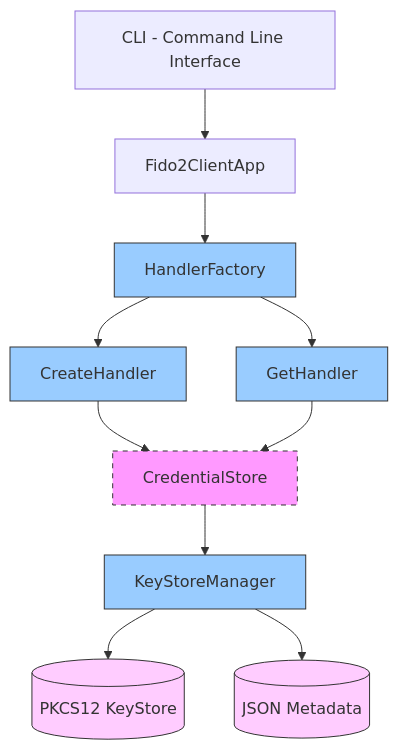
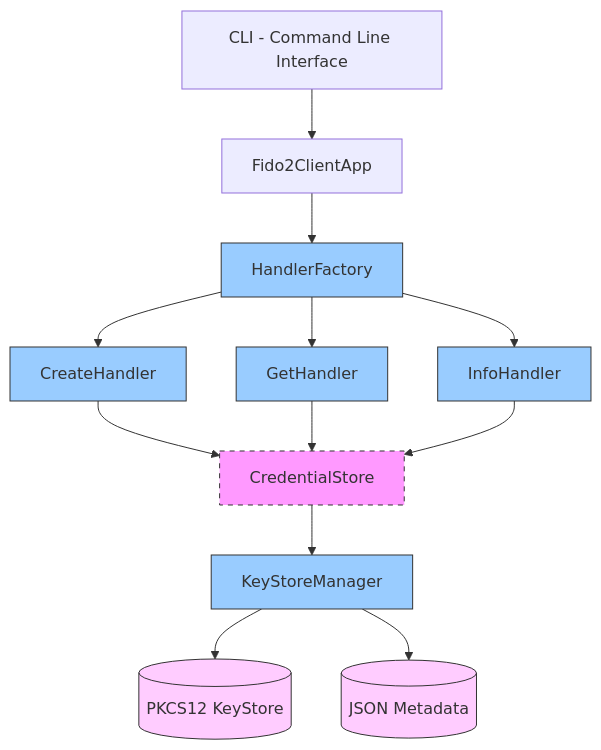
One commit to jordi-murgo/fido2-client-simulator changed the third of 3 diagrams in README.md. Above: the diagram before and after it, drawn with Mermaid. The commit also changed other lines of this file and 6 other files, not shown here.

Commit message:
refactor: rename CredentialHandler to CommandHandler for better interface abstraction

````diff
--- a/README.md
+++ b/README.md
@@ -693,20 +693,26 @@
 ```mermaid
 graph TD
     CLI[CLI - Command Line Interface] --> App[Fido2ClientApp]
     App --> Factory[HandlerFactory]
     Factory --> CreateH[CreateHandler]
     Factory --> GetH[GetHandler]
+    Factory --> InfoH[InfoHandler]
     CreateH --> CredStore[CredentialStore]
     GetH --> CredStore
+    InfoH --> CredStore
     CredStore --> KeyStore[KeyStoreManager]
     KeyStore --> PKCS12[(PKCS12 KeyStore)]
     KeyStore --> MetaData[(JSON Metadata)]
     
     classDef interface fill:#f9f,stroke:#333,stroke-dasharray: 5 5;
     classDef implementation fill:#9cf,stroke:#333;
     classDef data fill:#fcf,stroke:#333;
     
     class CredStore interface;
-    class KeyStore,CreateH,GetH,Factory implementation;
+    class KeyStore,CreateH,GetH,InfoH,Factory implementation;
     class PKCS12,MetaData data;
+    class CreateH,GetH,InfoH implements_CommandHandler;
+    
+    %% Note: All handlers now implement CommandHandler interface
+    %% InfoHandler is now shown in the diagram as well.
 ```
````
